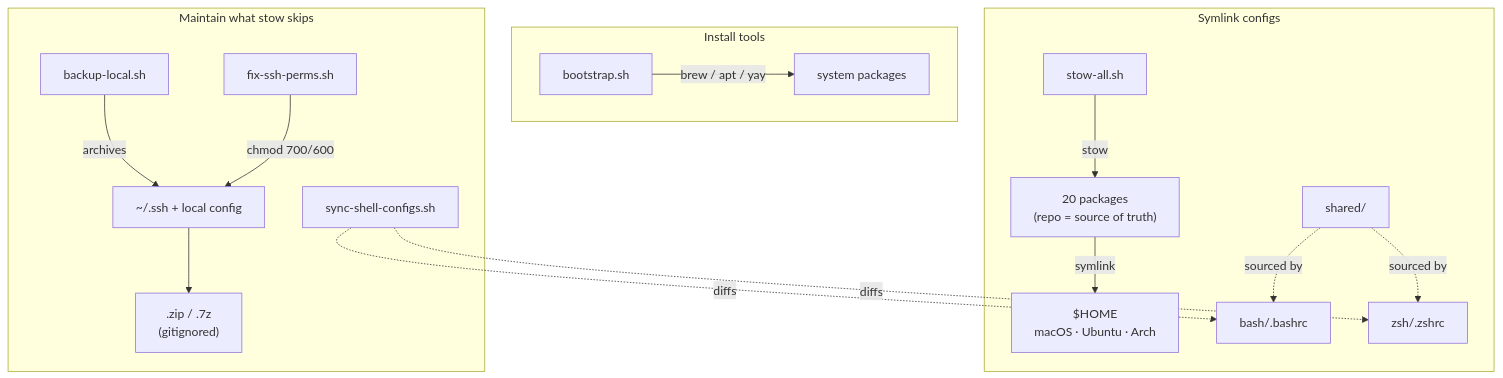
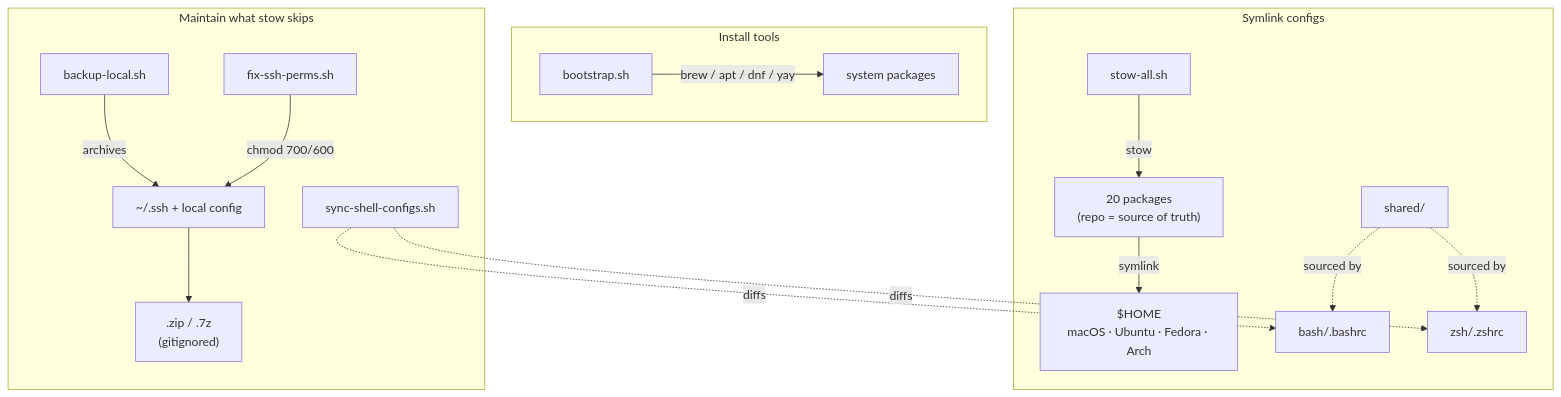
Before and after one commit to contento/dotfiles: the diagram in README.md, drawn with Mermaid. The commit also changed other lines of this file and 6 other files, not shown here.

First line of the commit message:
Add Fedora support to bootstrap and docs

````diff
--- a/README.md
+++ b/README.md
@@ -51,21 +51,21 @@
 ```mermaid
 flowchart TD
     subgraph Install["Install tools"]
-        BS["bootstrap.sh"] -->|brew / apt / yay| PKG["system packages"]
+        BS["bootstrap.sh"] -->|brew / apt / dnf / yay| PKG["system packages"]
     end
 
     subgraph Symlink["Symlink configs"]
         ST["stow-all.sh"] -->|stow| PK["20 packages<br/>(repo = source of truth)"]
-        PK -->|symlink| HOME["$HOME<br/>macOS · Ubuntu · Arch"]
+        PK -->|symlink| HOME["$HOME<br/>macOS · Ubuntu · Fedora · Arch"]
         SH["shared/"] -.->|sourced by| BASH["bash/.bashrc"]
         SH -.->|sourced by| ZSH["zsh/.zshrc"]
     end
 
     subgraph Maintain["Maintain what stow skips"]
         SYNC["sync-shell-configs.sh"] -.->|diffs| BASH
         SYNC -.->|diffs| ZSH
         BACKUP["backup-local.sh"] -->|archives| SSHCFG["~/.ssh + local config"]
         SSHCFG --> ZIP[".zip / .7z<br/>(gitignored)"]
         PERMS["fix-ssh-perms.sh"] -->|chmod 700/600| SSHCFG
     end
 ```
````
